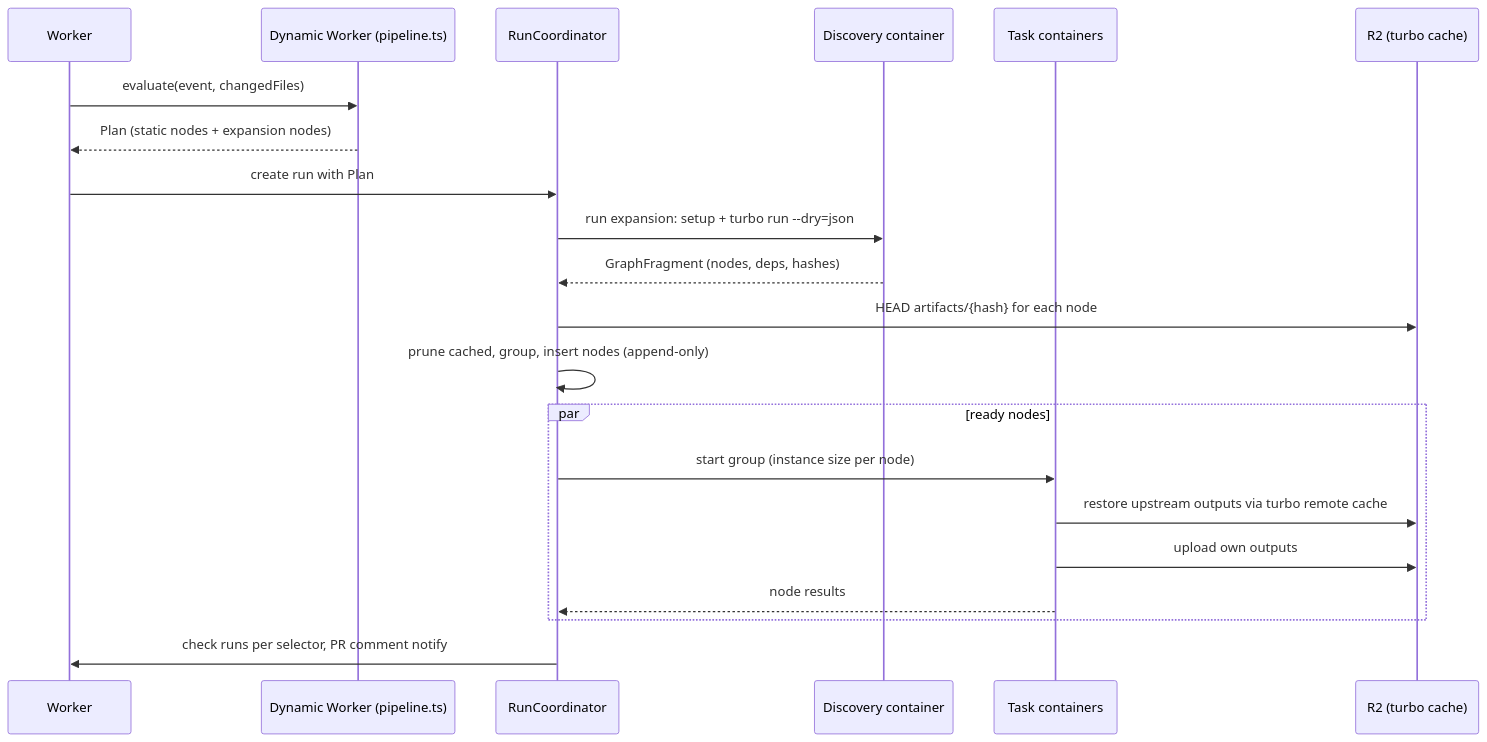
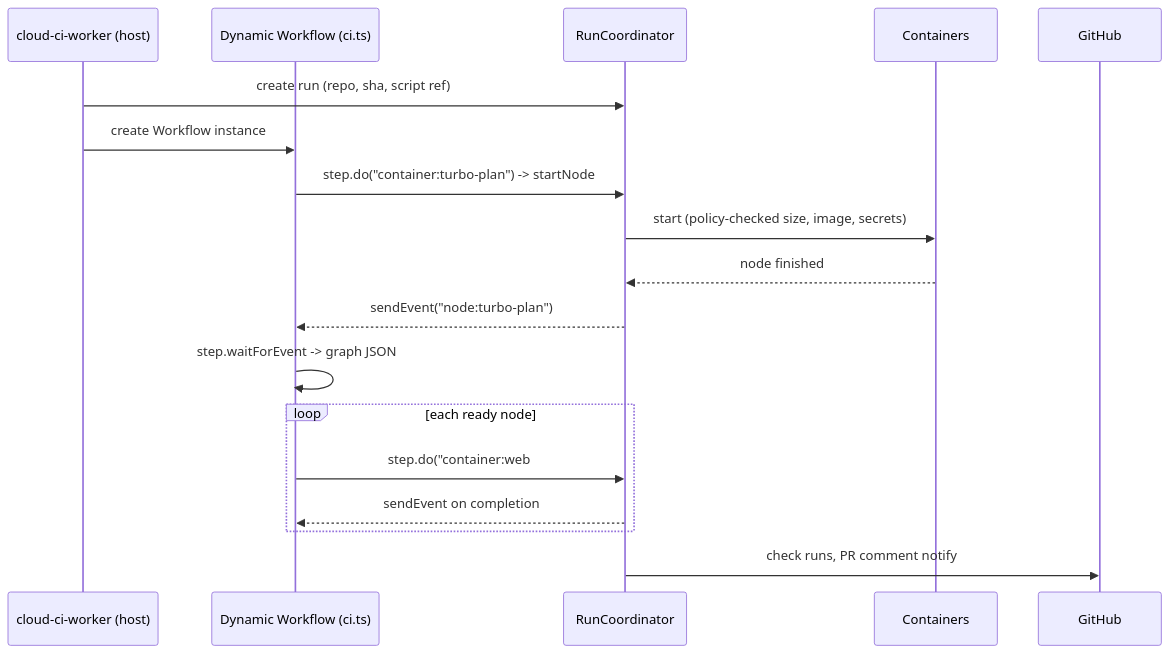
One commit to btkostner/cloud-ci changed the diagram in docs/design/dynamic-pipelines.md. Above: the diagram before and after it, drawn with Mermaid. The commit also changed other lines of this file and 9 other files, not shown here.

````diff
--- a/docs/design/dynamic-pipelines.md
+++ b/docs/design/dynamic-pipelines.md
@@ -136,24 +141,21 @@
 ```mermaid
 sequenceDiagram
-    participant W as Worker
-    participant DW as Dynamic Worker (pipeline.ts)
+    participant W as cloud-ci-worker (host)
+    participant WF as Dynamic Workflow (ci.ts)
     participant RC as RunCoordinator
-    participant D as Discovery container
-    participant C as Task containers
-    participant R2 as R2 (turbo cache)
+    participant C as Containers
+    participant GH as GitHub
 
-    W->>DW: evaluate(event, changedFiles)
-    DW-->>W: Plan (static nodes + expansion nodes)
-    W->>RC: create run with Plan
-    RC->>D: run expansion: setup + turbo run --dry=json
-    D-->>RC: GraphFragment (nodes, deps, hashes)
-    RC->>R2: HEAD artifacts/{hash} for each node
-    RC->>RC: prune cached, group, insert nodes (append-only)
-    par ready nodes
-      RC->>C: start group (instance size per node)
-      C->>R2: restore upstream outputs via turbo remote cache
-      C->>R2: upload own outputs
-      C-->>RC: node results
+    W->>RC: create run (repo, sha, script ref)
+    W->>WF: create Workflow instance
+    WF->>RC: step.do("container:turbo-plan") -> startNode
+    RC->>C: start (policy-checked size, image, secrets)
+    C-->>RC: node finished
+    RC-->>WF: sendEvent("node:turbo-plan")
+    WF->>WF: step.waitForEvent -> graph JSON
+    loop each ready node
+      WF->>RC: step.do("container:web#build") -> startNode
+      RC-->>WF: sendEvent on completion
     end
-    RC->>W: check runs per selector, PR comment notify
+    RC->>GH: check runs, PR comment notify
 ```
````
